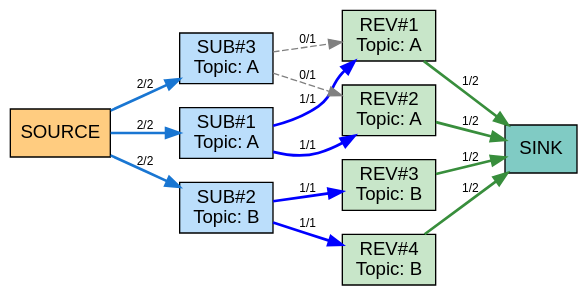
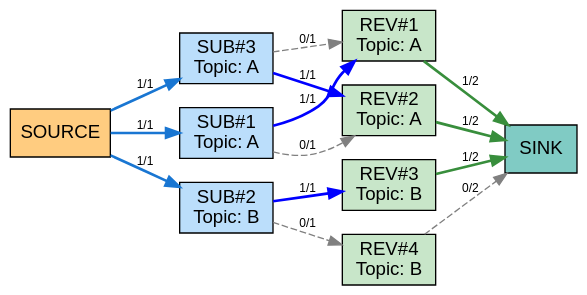
The diagram in dox/t23_baseline.dot (AlexDTT/MaxflowProject), drawn with Graphviz before and after one commit. The commit also changed 7 other files, not shown here.

First line of the commit message:
Refactor complexity analysis and update flow graph documentation

```diff
--- a/dox/t23_baseline.dot
+++ b/dox/t23_baseline.dot
@@ -1,40 +1,43 @@
 digraph T23_Baseline {
     rankdir=LR;
     graph [bgcolor="transparent"];
     node [shape=box, style=filled, fillcolor=white, fontname="Helvetica"];
     edge [fontname="Helvetica", fontsize=9];
 
     // Source and Sink
     "SOURCE" [fillcolor="#ffcc80"];
     "SINK"   [fillcolor="#80cbc4"];
 
     // Submissions (topic A and B)
     "SUB#1\nTopic: A" [fillcolor="#bbdefb"];
     "SUB#2\nTopic: B" [fillcolor="#bbdefb"];
     "SUB#3\nTopic: A" [fillcolor="#bbdefb"];
 
     // Reviewers
     "REV#1\nTopic: A" [fillcolor="#c8e6c9"];
     "REV#2\nTopic: A" [fillcolor="#c8e6c9"];
     "REV#3\nTopic: B" [fillcolor="#c8e6c9"];
     "REV#4\nTopic: B" [fillcolor="#c8e6c9"];
 
-    // Source -> Submissions (cap=2)
-    "SOURCE" -> "SUB#1\nTopic: A" [label="2/2", color="#1976d2", penwidth=2.0];
-    "SOURCE" -> "SUB#2\nTopic: B" [label="2/2", color="#1976d2", penwidth=2.0];
-    "SOURCE" -> "SUB#3\nTopic: A" [label="2/2", color="#1976d2", penwidth=2.0];
+    // Source -> Submissions (cap=1, MinReviewsPerSubmission=1)
+    "SOURCE" -> "SUB#1\nTopic: A" [label="1/1", color="#1976d2", penwidth=2.0];
+    "SOURCE" -> "SUB#2\nTopic: B" [label="1/1", color="#1976d2", penwidth=2.0];
+    "SOURCE" -> "SUB#3\nTopic: A" [label="1/1", color="#1976d2", penwidth=2.0];
 
     // Submissions -> Reviewers (mode 1, primary==primary)
+    // Sub1 -> Rev1 (used), Sub1 -> Rev2 (unused capacity)
     "SUB#1\nTopic: A" -> "REV#1\nTopic: A" [label="1/1", color=blue, penwidth=2.0];
-    "SUB#1\nTopic: A" -> "REV#2\nTopic: A" [label="1/1", color=blue, penwidth=2.0];
+    "SUB#1\nTopic: A" -> "REV#2\nTopic: A" [label="0/1", color=gray, style=dashed];
+    // Sub3 -> Rev2 (used), Sub3 -> Rev1 (unused capacity)
     "SUB#3\nTopic: A" -> "REV#1\nTopic: A" [label="0/1", color=gray, style=dashed];
-    "SUB#3\nTopic: A" -> "REV#2\nTopic: A" [label="0/1", color=gray, style=dashed];
+    "SUB#3\nTopic: A" -> "REV#2\nTopic: A" [label="1/1", color=blue, penwidth=2.0];
+    // Sub2 -> Rev3 (used), Sub2 -> Rev4 (unused capacity)
     "SUB#2\nTopic: B" -> "REV#3\nTopic: B" [label="1/1", color=blue, penwidth=2.0];
-    "SUB#2\nTopic: B" -> "REV#4\nTopic: B" [label="1/1", color=blue, penwidth=2.0];
+    "SUB#2\nTopic: B" -> "REV#4\nTopic: B" [label="0/1", color=gray, style=dashed];
 
-    // Reviewers -> Sink (cap=2)
+    // Reviewers -> Sink (cap=2, MaxReviewsPerReviewer=2)
     "REV#1\nTopic: A" -> "SINK" [label="1/2", color="#388e3c", penwidth=2.0];
     "REV#2\nTopic: A" -> "SINK" [label="1/2", color="#388e3c", penwidth=2.0];
     "REV#3\nTopic: B" -> "SINK" [label="1/2", color="#388e3c", penwidth=2.0];
-    "REV#4\nTopic: B" -> "SINK" [label="1/2", color="#388e3c", penwidth=2.0];
+    "REV#4\nTopic: B" -> "SINK" [label="0/2", color=gray, style=dashed];
 }
```
